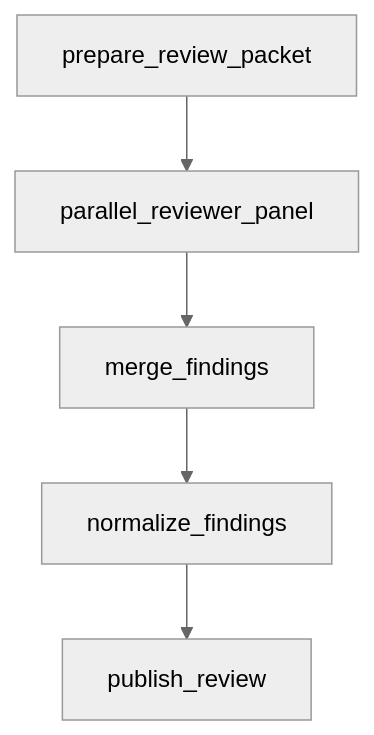
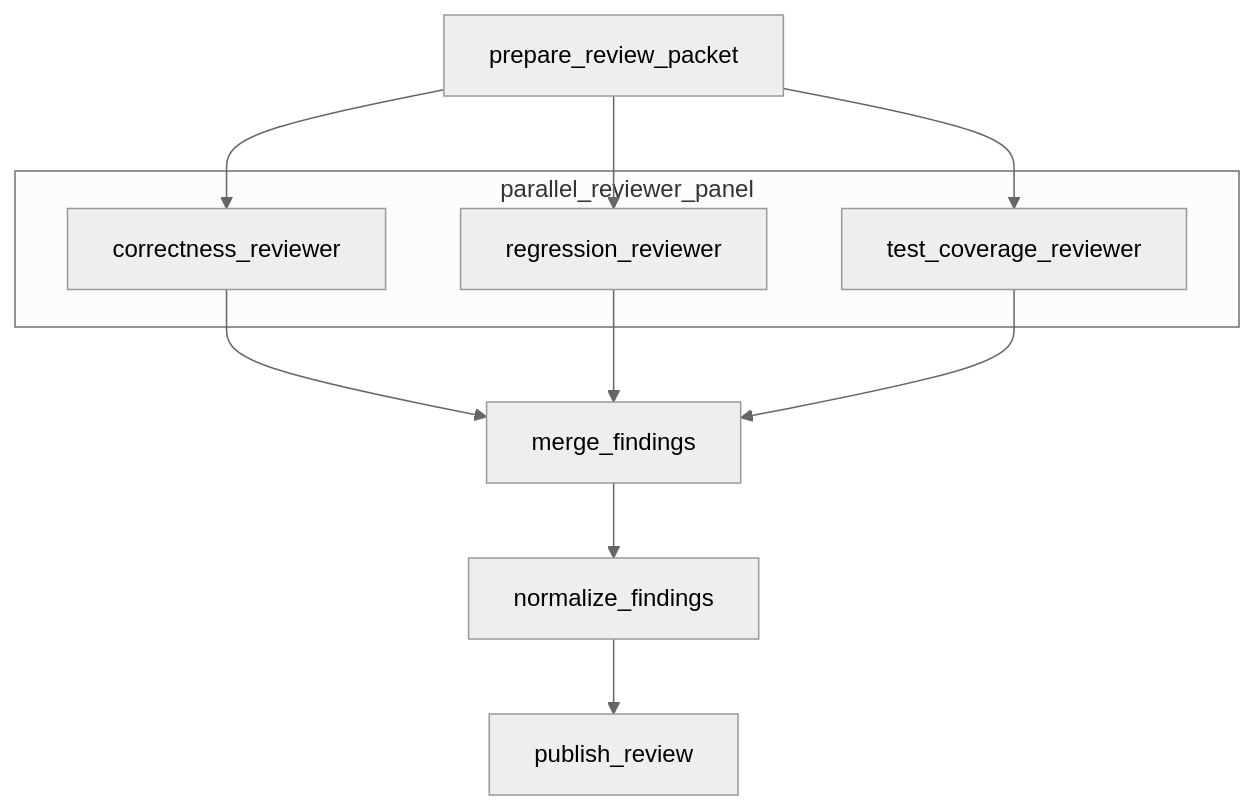
The diagram in docs/REVIEW_CHANGE_WORKFLOW.md (koji98/agentflow), drawn with Mermaid (neutral theme) before and after one commit. The commit also changed 14 other files, not shown here.

````diff
--- a/docs/REVIEW_CHANGE_WORKFLOW.md
+++ b/docs/REVIEW_CHANGE_WORKFLOW.md
@@ -26,10 +26,21 @@
 ```mermaid
 flowchart TD
     prepare["prepare_review_packet"]
-    reviewers["parallel_reviewer_panel"]
     merge["merge_findings"]
     normalize["normalize_findings"]
     publish["publish_review"]
 
-    prepare --> reviewers --> merge --> normalize --> publish
+    subgraph reviewers["parallel_reviewer_panel"]
+        r1["correctness_reviewer"]
+        r2["regression_reviewer"]
+        r3["test_coverage_reviewer"]
+    end
+
+    prepare --> r1
+    prepare --> r2
+    prepare --> r3
+    r1 --> merge
+    r2 --> merge
+    r3 --> merge
+    merge --> normalize --> publish
 ```
````
